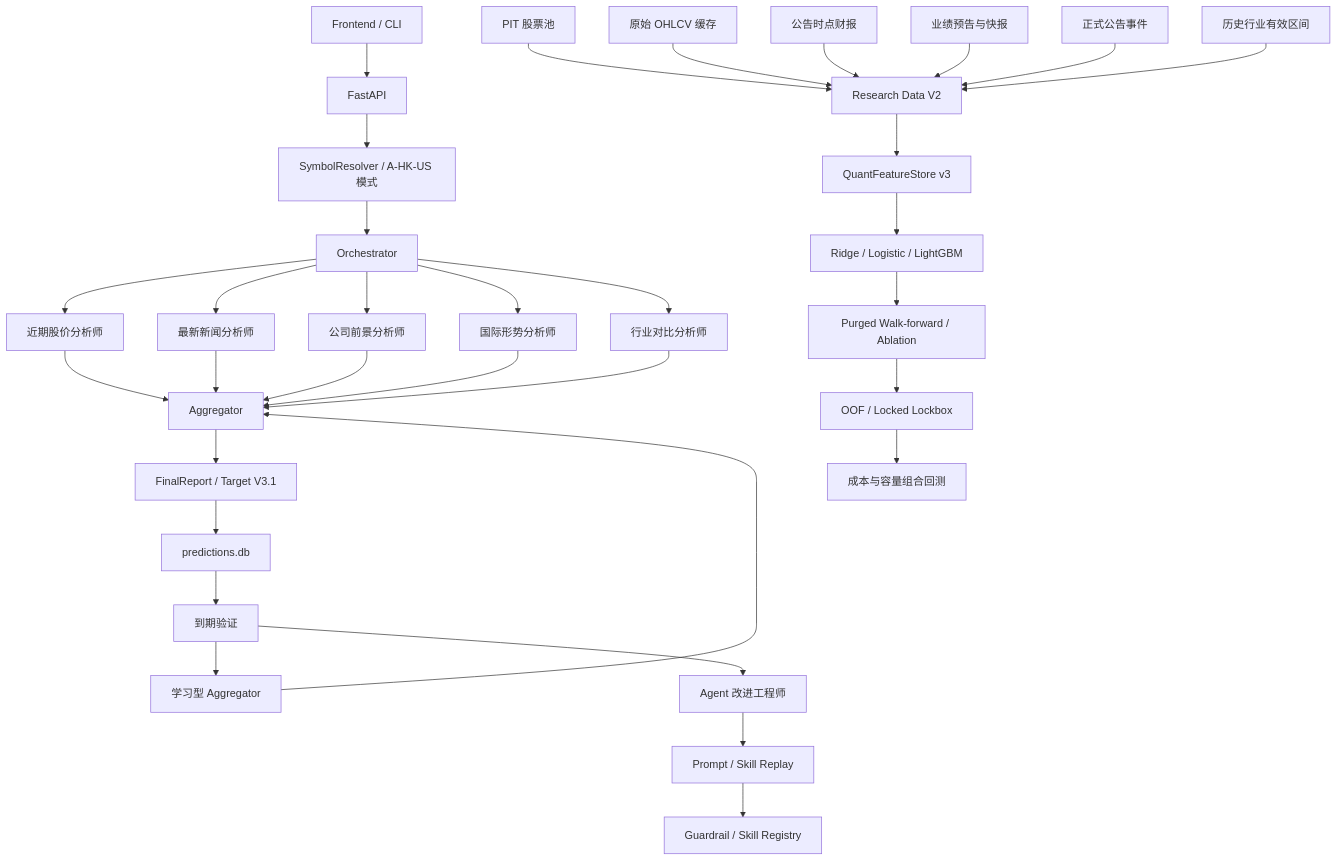
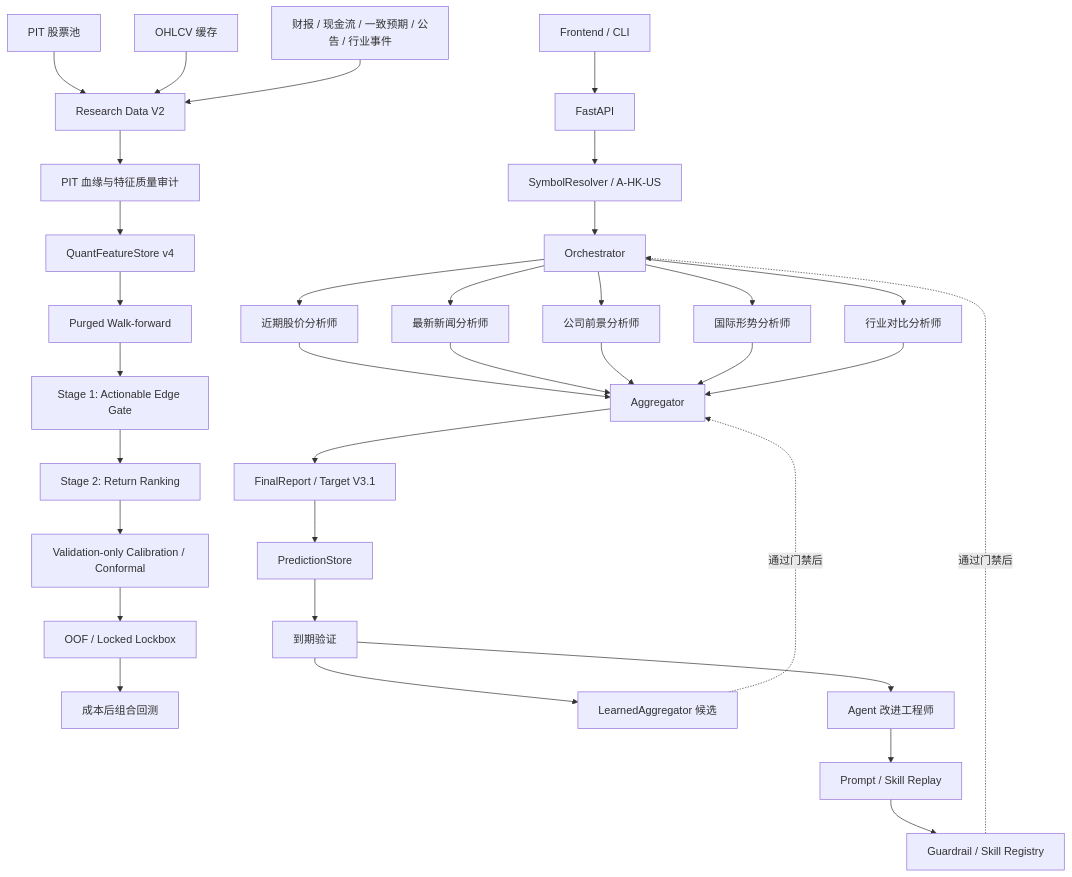
Before and after one commit to huang011028/Market-prediction: the diagram in PROJECT_FRAMEWORK.md, drawn with Mermaid. The commit also changed other lines of this file and 43 other files, not shown here.

Commit message:
Complete Phase 2 quant research pipeline

````diff
--- a/PROJECT_FRAMEWORK.md
+++ b/PROJECT_FRAMEWORK.md
@@ -20,37 +21,38 @@
 ```mermaid
 flowchart TD
     UI["Frontend / CLI"] --> API["FastAPI"]
-    API --> RESOLVE["SymbolResolver / A-HK-US 模式"]
+    API --> RESOLVE["SymbolResolver / A-HK-US"]
     RESOLVE --> ORCH["Orchestrator"]
     ORCH --> TECH["近期股价分析师"]
     ORCH --> NEWS["最新新闻分析师"]
     ORCH --> FUND["公司前景分析师"]
     ORCH --> MACRO["国际形势分析师"]
-    ORCH --> INDAGENT["行业对比分析师"]
+    ORCH --> IND["行业对比分析师"]
     TECH --> AGG["Aggregator"]
     NEWS --> AGG
     FUND --> AGG
     MACRO --> AGG
-    INDAGENT --> AGG
+    IND --> AGG
     AGG --> REPORT["FinalReport / Target V3.1"]
-    REPORT --> PRED["predictions.db"]
+    REPORT --> PRED["PredictionStore"]
+    PRED --> VERIFY["到期验证"]
 
-    UNIVERSE["PIT 股票池"] --> RDATA["Research Data V2"]
-    PRICE["原始 OHLCV 缓存"] --> RDATA
-    FIN["公告时点财报"] --> RDATA
-    PERF["业绩预告与快报"] --> RDATA
-    ANN["正式公告事件"] --> RDATA
-    INDMEM["历史行业有效区间"] --> RDATA
-    RDATA --> STORE["QuantFeatureStore v3"]
-    STORE --> MODEL["Ridge / Logistic / LightGBM"]
-    MODEL --> WF["Purged Walk-forward / Ablation"]
-    WF --> OOF["OOF / Locked Lockbox"]
-    OOF --> PORT["成本与容量组合回测"]
+    UNIVERSE["PIT 股票池"] --> DATA["Research Data V2"]
+    PRICE["OHLCV 缓存"] --> DATA
+    EVENTS["财报 / 现金流 / 一致预期 / 公告 / 行业事件"] --> DATA
+    DATA --> AUDIT["PIT 血缘与特征质量审计"]
+    AUDIT --> STORE["QuantFeatureStore v4"]
+    STORE --> WF["Purged Walk-forward"]
+    WF --> GATE["Stage 1: Actionable Edge Gate"]
+    GATE --> RANK["Stage 2: Return Ranking"]
+    RANK --> CAL["Validation-only Calibration / Conformal"]
+    CAL --> OOF["OOF / Locked Lockbox"]
+    OOF --> PORT["成本后组合回测"]
 
-    PRED --> VERIFY["到期验证"]
-    VERIFY --> LAGG["学习型 Aggregator"]
+    VERIFY --> LEARNED["LearnedAggregator 候选"]
     VERIFY --> ENGINEER["Agent 改进工程师"]
-    ENGINEER --> SANDBOX["Prompt / Skill Replay"]
-    SANDBOX --> REGISTRY["Guardrail / Skill Registry"]
-    LAGG --> AGG
+    ENGINEER --> REPLAY["Prompt / Skill Replay"]
+    REPLAY --> REGISTRY["Guardrail / Skill Registry"]
+    LEARNED -. "通过门禁后" .-> AGG
+    REGISTRY -. "通过门禁后" .-> ORCH
 ```
````
